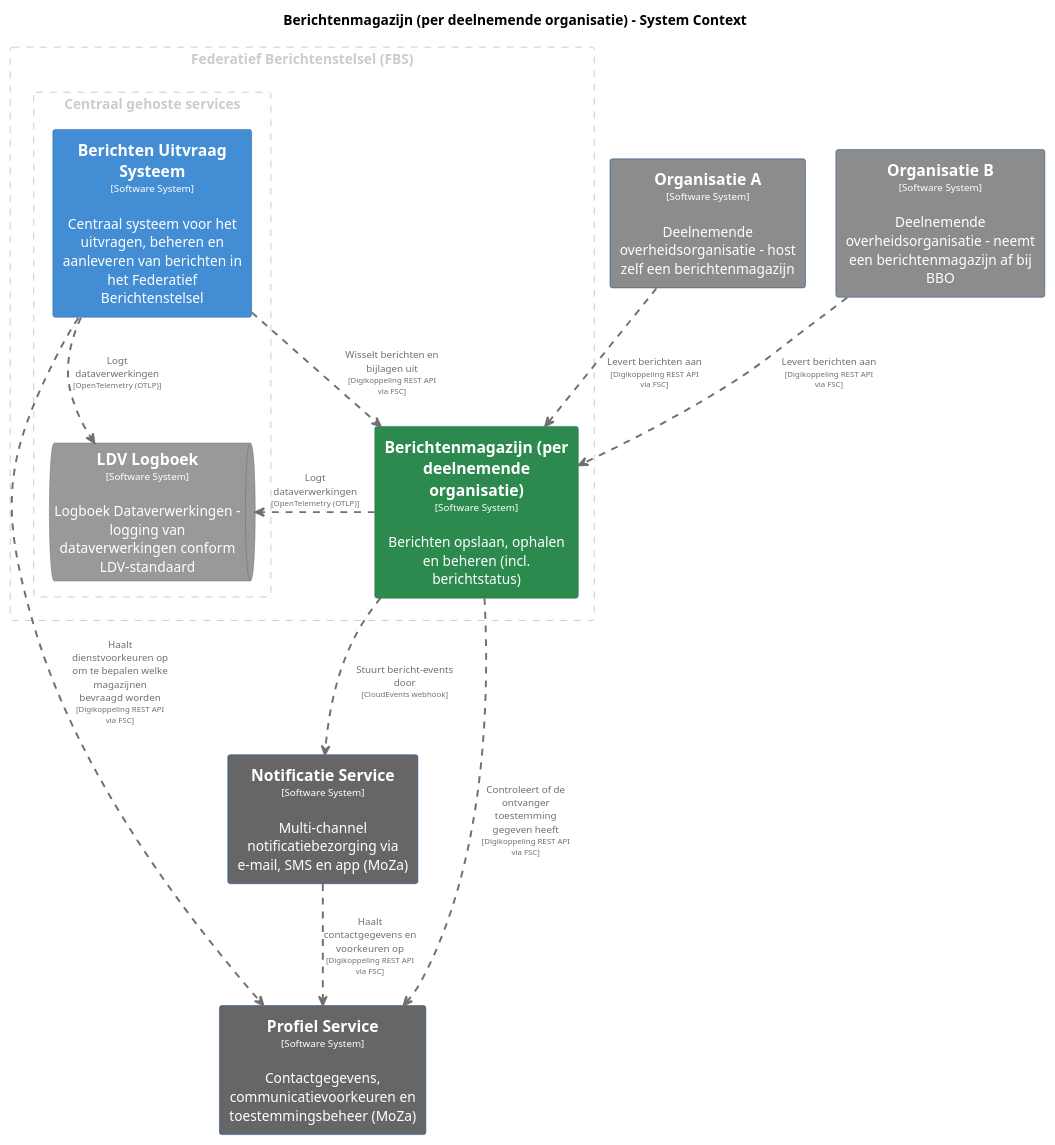
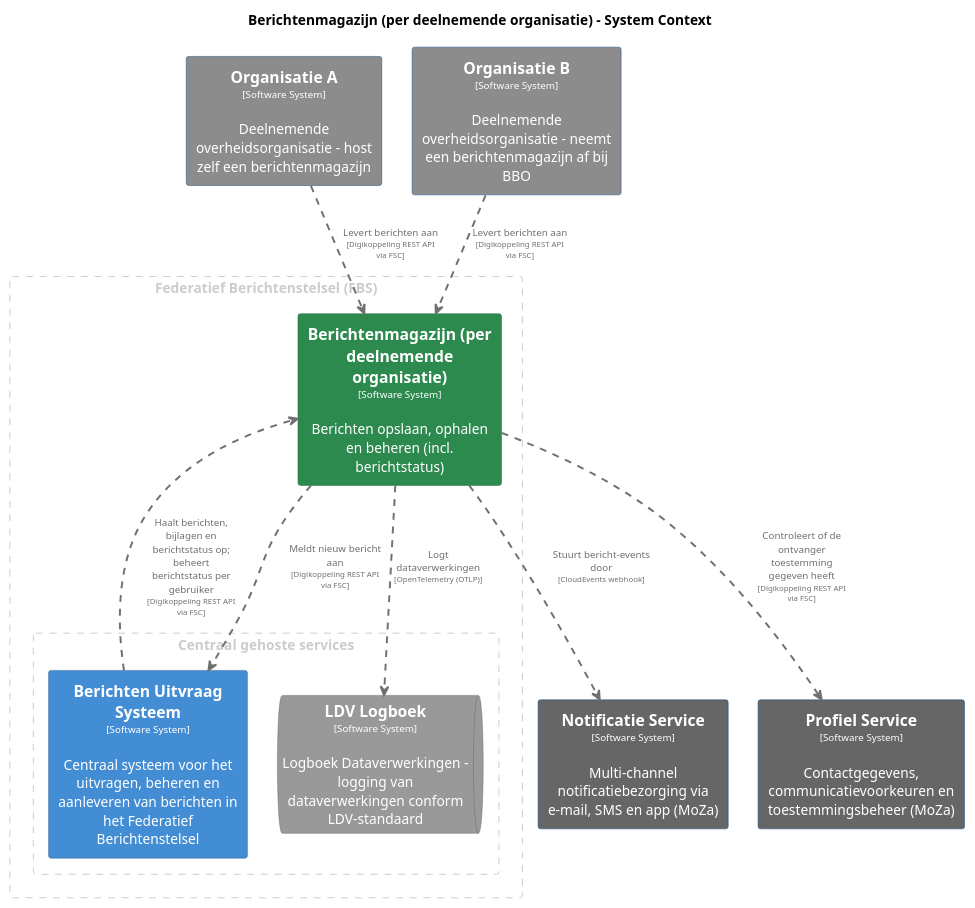
The diagram in pr-preview/pr-22/master/puml/Berichtenmagazijn.puml (MinBZK/moza-poc-fbs-berichtenbox), drawn with PlantUML before and after one commit. The commit also changed 51 other files, not shown here.

```diff
--- a/pr-preview/pr-22/master/puml/Berichtenmagazijn.puml
+++ b/pr-preview/pr-22/master/puml/Berichtenmagazijn.puml
@@ -1,92 +1,90 @@
 @startuml
 set separator none
 title Berichtenmagazijn (per deelnemende organisatie) - System Context
 
 top to bottom direction
 skinparam ranksep 60
 skinparam nodesep 30
 
 skinparam {
   arrowFontSize 10
   defaultTextAlignment center
   wrapWidth 200
   maxMessageSize 100
 }
 
 hide stereotype
 
 skinparam rectangle<<BerichtenUitvraagSysteem>> {
   BackgroundColor #438dd5
   FontColor #ffffff
   BorderColor #2e6295
   shadowing false
 }
 skinparam rectangle<<Berichtenmagazijnperdeelnemendeorganisatie>> {
   BackgroundColor #2d8a4e
   FontColor #ffffff
   BorderColor #1e6b38
   shadowing false
 }
 skinparam queue<<LDVLogboek>> {
   BackgroundColor #999999
   FontColor #ffffff
   BorderColor #6b6b6b
   shadowing false
 }
 skinparam rectangle<<NotificatieService>> {
   BackgroundColor #666666
   FontColor #ffffff
   BorderColor #0b4884
   shadowing false
 }
 skinparam rectangle<<OrganisatieA>> {
   BackgroundColor #8c8c8c
   FontColor #ffffff
   BorderColor #0b4884
   shadowing false
 }
 skinparam rectangle<<OrganisatieB>> {
   BackgroundColor #8c8c8c
   FontColor #ffffff
   BorderColor #0b4884
   shadowing false
 }
 skinparam rectangle<<ProfielService>> {
   BackgroundColor #666666
   FontColor #ffffff
   BorderColor #0b4884
   shadowing false
 }
 
 rectangle "Federatief Berichtenstelsel (FBS)" <<group1>> as group1 {
   skinparam RectangleBorderColor<<group1>> #cccccc
   skinparam RectangleFontColor<<group1>> #cccccc
   skinparam RectangleBorderStyle<<group1>> dashed
 
   rectangle "==Berichtenmagazijn (per deelnemende organisatie)\n<size:10>[Software System]</size>\n\nBerichten opslaan, ophalen en beheren (incl. berichtstatus)" <<Berichtenmagazijnperdeelnemendeorganisatie>> as Berichtenmagazijnperdeelnemendeorganisatie
     rectangle "Centraal gehoste services" <<group2>> as group2 {
       skinparam RectangleBorderColor<<group2>> #cccccc
       skinparam RectangleFontColor<<group2>> #cccccc
       skinparam RectangleBorderStyle<<group2>> dashed
 
       rectangle "==Berichten Uitvraag Systeem\n<size:10>[Software System]</size>\n\nCentraal systeem voor het uitvragen, beheren en aanleveren van berichten in het Federatief Berichtenstelsel" <<BerichtenUitvraagSysteem>> as BerichtenUitvraagSysteem
       queue "==LDV Logboek\n<size:10>[Software System]</size>\n\nLogboek Dataverwerkingen - logging van dataverwerkingen conform LDV-standaard" <<LDVLogboek>> as LDVLogboek
     }
 
 }
 
 rectangle "==Organisatie A\n<size:10>[Software System]</size>\n\nDeelnemende overheidsorganisatie - host zelf een berichtenmagazijn" <<OrganisatieA>> as OrganisatieA
 rectangle "==Organisatie B\n<size:10>[Software System]</size>\n\nDeelnemende overheidsorganisatie - neemt een berichtenmagazijn af bij BBO" <<OrganisatieB>> as OrganisatieB
 rectangle "==Profiel Service\n<size:10>[Software System]</size>\n\nContactgegevens, communicatievoorkeuren en toestemmingsbeheer (MoZa)" <<ProfielService>> as ProfielService
 rectangle "==Notificatie Service\n<size:10>[Software System]</size>\n\nMulti-channel notificatiebezorging via e-mail, SMS en app (MoZa)" <<NotificatieService>> as NotificatieService
 
 OrganisatieA .[#707070,thickness=2].> Berichtenmagazijnperdeelnemendeorganisatie : "<color:#707070>Levert berichten aan\n<color:#707070><size:8>[Digikoppeling REST API via FSC]</size>"
 OrganisatieB .[#707070,thickness=2].> Berichtenmagazijnperdeelnemendeorganisatie : "<color:#707070>Levert berichten aan\n<color:#707070><size:8>[Digikoppeling REST API via FSC]</size>"
 Berichtenmagazijnperdeelnemendeorganisatie .[#707070,thickness=2].> ProfielService : "<color:#707070>Controleert of de ontvanger toestemming gegeven heeft\n<color:#707070><size:8>[Digikoppeling REST API via FSC]</size>"
-BerichtenUitvraagSysteem .[#707070,thickness=2].> ProfielService : "<color:#707070>Haalt dienstvoorkeuren op om te bepalen welke magazijnen bevraagd worden\n<color:#707070><size:8>[Digikoppeling REST API via FSC]</size>"
 Berichtenmagazijnperdeelnemendeorganisatie .[#707070,thickness=2].> LDVLogboek : "<color:#707070>Logt dataverwerkingen\n<color:#707070><size:8>[OpenTelemetry (OTLP)]</size>"
-BerichtenUitvraagSysteem .[#707070,thickness=2].> LDVLogboek : "<color:#707070>Logt dataverwerkingen\n<color:#707070><size:8>[OpenTelemetry (OTLP)]</size>"
-BerichtenUitvraagSysteem .[#707070,thickness=2].> Berichtenmagazijnperdeelnemendeorganisatie : "<color:#707070>Wisselt berichten en bijlagen uit\n<color:#707070><size:8>[Digikoppeling REST API via FSC]</size>"
+BerichtenUitvraagSysteem .[#707070,thickness=2].> Berichtenmagazijnperdeelnemendeorganisatie : "<color:#707070>Haalt berichten, bijlagen en berichtstatus op; beheert berichtstatus per gebruiker\n<color:#707070><size:8>[Digikoppeling REST API via FSC]</size>"
+Berichtenmagazijnperdeelnemendeorganisatie .[#707070,thickness=2].> BerichtenUitvraagSysteem : "<color:#707070>Meldt nieuw bericht aan\n<color:#707070><size:8>[Digikoppeling REST API via FSC]</size>"
 Berichtenmagazijnperdeelnemendeorganisatie .[#707070,thickness=2].> NotificatieService : "<color:#707070>Stuurt bericht-events door\n<color:#707070><size:8>[CloudEvents webhook]</size>"
-NotificatieService .[#707070,thickness=2].> ProfielService : "<color:#707070>Haalt contactgegevens en voorkeuren op\n<color:#707070><size:8>[Digikoppeling REST API via FSC]</size>"
 @enduml
```
